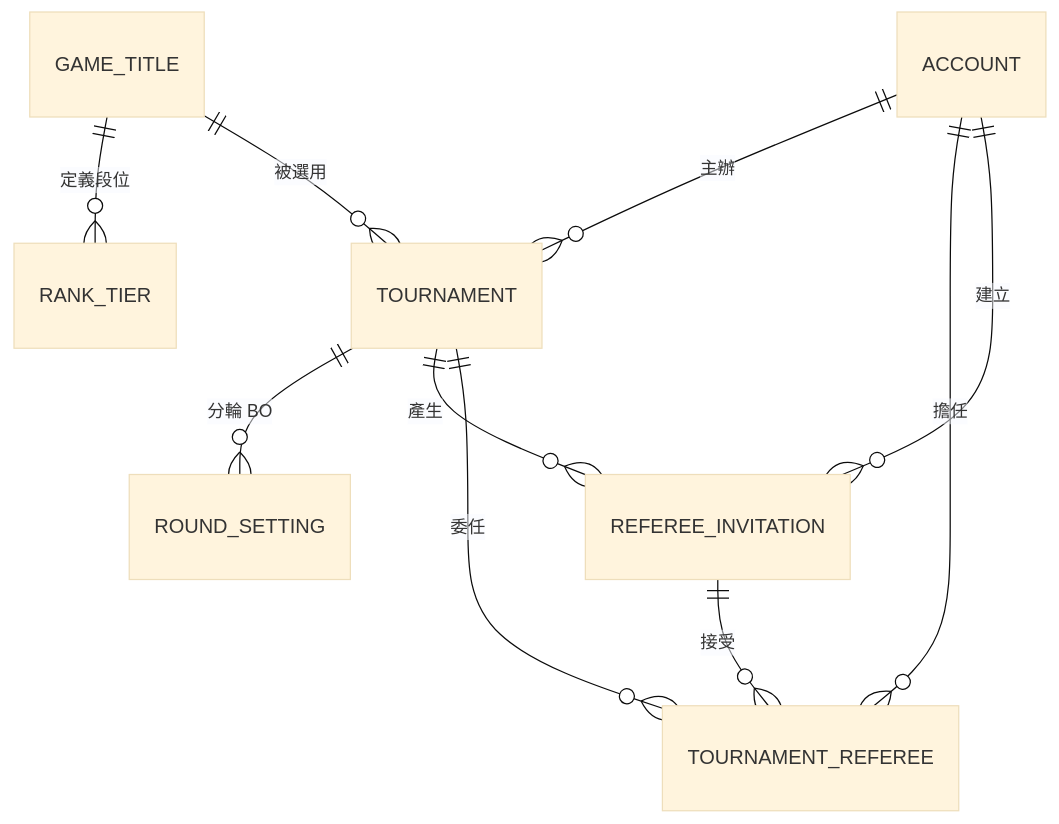
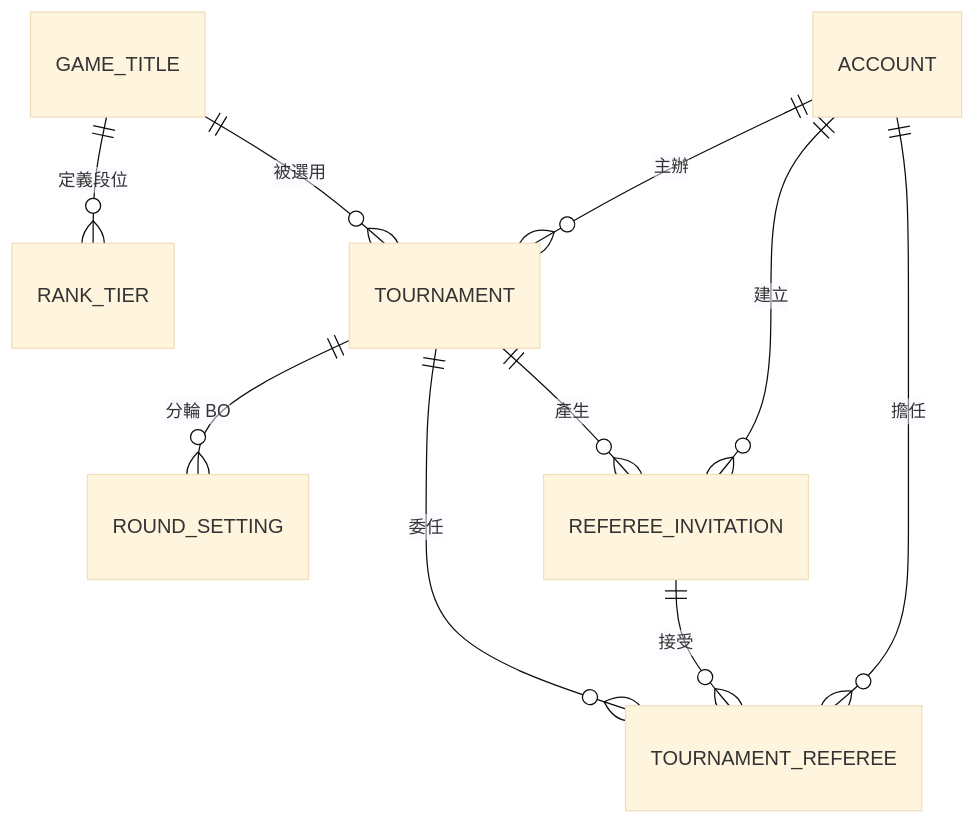
Before and after one commit to Team14good/esport-platform: the fifth of 19 diagrams in docs/midterm/B-軟體需求分析文件.md, drawn with Mermaid (base theme). The commit also changed other lines of this file and 11 other files, not shown here.

First line of the commit message:
docs: 簡化期中文件 B、C 的圖面 (#83)

````diff
--- a/docs/midterm/B-軟體需求分析文件.md
+++ b/docs/midterm/B-軟體需求分析文件.md
@@ -679,12 +680,12 @@
 ```mermaid
 erDiagram
-  ACCOUNT ||--o{ TOURNAMENT : "主辦"
   GAME_TITLE ||--o{ RANK_TIER : "定義段位"
   GAME_TITLE ||--o{ TOURNAMENT : "被選用"
+  ACCOUNT ||--o{ TOURNAMENT : "主辦"
   TOURNAMENT ||--o{ ROUND_SETTING : "分輪 BO"
   TOURNAMENT ||--o{ REFEREE_INVITATION : "產生"
+  ACCOUNT ||--o{ REFEREE_INVITATION : "建立"
   TOURNAMENT ||--o{ TOURNAMENT_REFEREE : "委任"
+  REFEREE_INVITATION ||--o{ TOURNAMENT_REFEREE : "接受"
   ACCOUNT ||--o{ TOURNAMENT_REFEREE : "擔任"
-  REFEREE_INVITATION ||--o{ TOURNAMENT_REFEREE : "接受"
-  ACCOUNT ||--o{ REFEREE_INVITATION : "建立"
 ```
````
